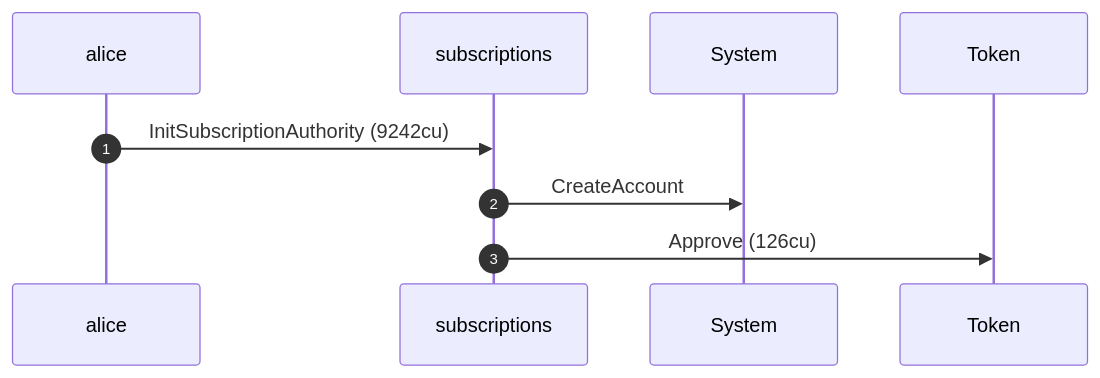
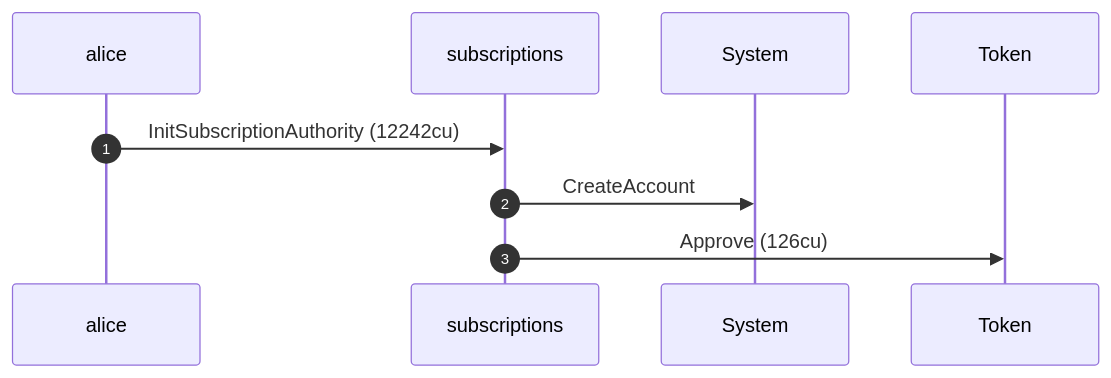
The first of 4 diagrams in dsl_tests/close--writable-accounts-must-be-writable.md (cds-rs/subscriptions), drawn with Mermaid before and after one commit. The commit also changed other lines of this file and 224 other files, not shown here.

````diff
--- a/dsl_tests/close--writable-accounts-must-be-writable.md
+++ b/dsl_tests/close--writable-accounts-must-be-writable.md
@@ -22,11 +23,11 @@
 ```mermaid
 sequenceDiagram
     autonumber
     participant alice
     participant subscriptions
     participant System
     participant Token
-    alice ->> subscriptions: InitSubscriptionAuthority (9242cu)
+    alice ->> subscriptions: InitSubscriptionAuthority (12242cu)
     subscriptions ->> System: CreateAccount
     subscriptions ->> Token: Approve (126cu)
 ```
````
